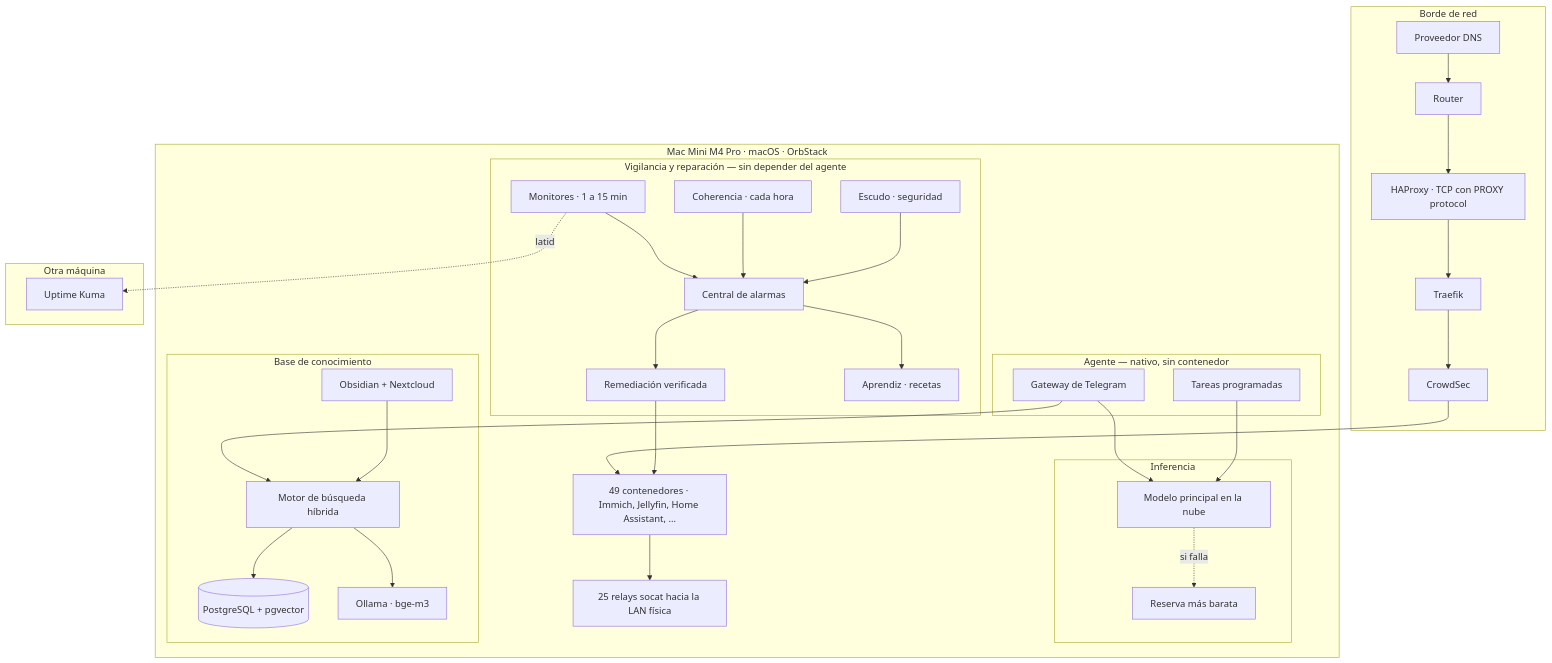
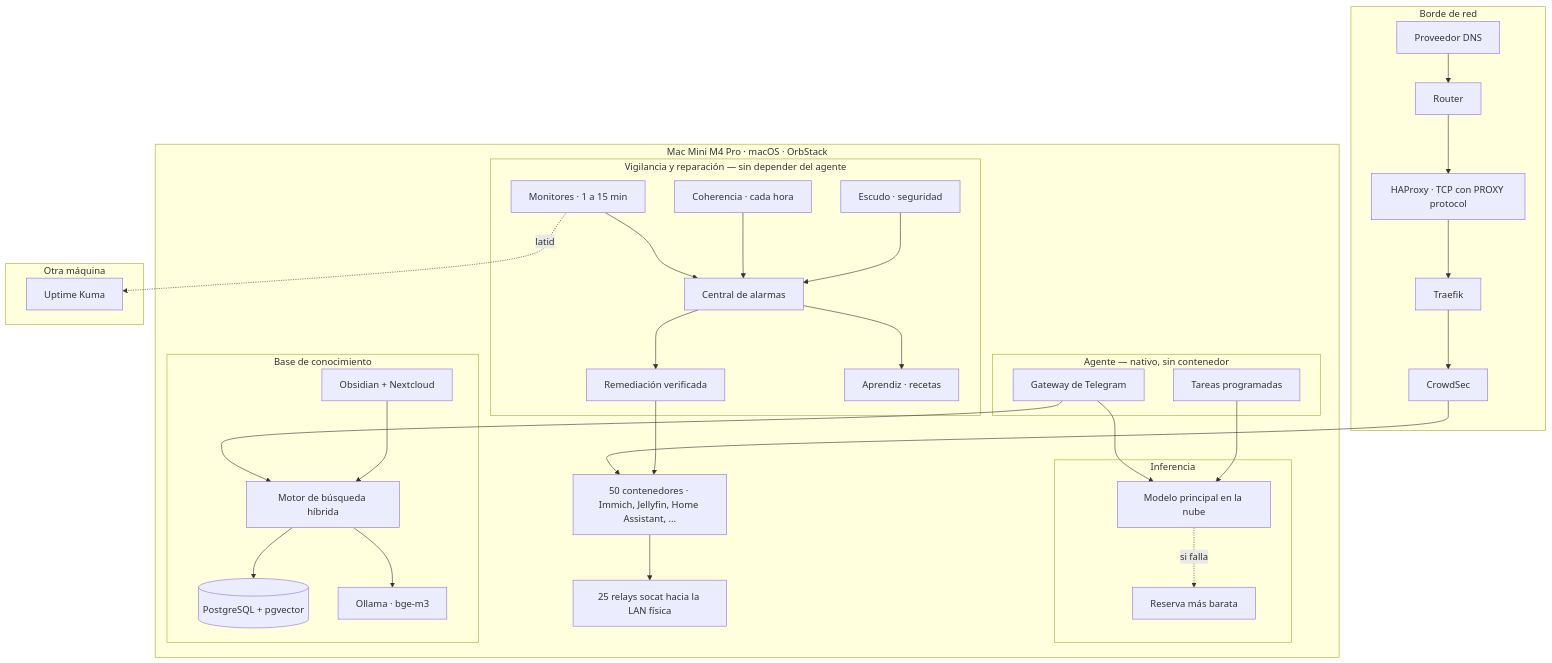
The first of 2 diagrams in docs/architecture.md (miquelblanch/homelab-ai-platform), drawn with Mermaid before and after one commit. The commit also changed other lines of this file and 3 other files, not shown here.

````diff
--- a/docs/architecture.md
+++ b/docs/architecture.md
@@ -41,61 +41,61 @@
 ```mermaid
 flowchart TB
     subgraph edge["Borde de red"]
         CF[Proveedor DNS] --> RT[Router]
         RT --> HAP[HAProxy · TCP con PROXY protocol]
         HAP --> TR[Traefik]
         TR --> WAF[CrowdSec]
     end
 
     subgraph host["Mac Mini M4 Pro · macOS · OrbStack"]
         subgraph agent["Agente — nativo, sin contenedor"]
             GW[Gateway de Telegram]
             CRON[Tareas programadas]
         end
 
         subgraph models["Inferencia"]
             CLOUD[Modelo principal en la nube]
             RES[Reserva más barata]
         end
 
         subgraph rag["Base de conocimiento"]
             GB[Motor de búsqueda híbrida]
             SRC[Obsidian + Nextcloud]
             PG[(PostgreSQL + pgvector)]
             EMB[Ollama · bge-m3]
         end
 
         subgraph obs["Vigilancia y reparación — sin depender del agente"]
             MON[Monitores · 1 a 15 min]
             CEN[Central de alarmas]
             REM[Remediación verificada]
             APR[Aprendiz · recetas]
             COH[Coherencia · cada hora]
             ESC[Escudo · seguridad]
         end
 
-        APPS[49 contenedores · Immich, Jellyfin, Home Assistant, ...]
+        APPS[50 contenedores · Immich, Jellyfin, Home Assistant, ...]
         RELAY[25 relays socat hacia la LAN física]
     end
 
     subgraph ext["Otra máquina"]
         KUMA[Uptime Kuma]
     end
 
     WAF --> APPS
     GW --> CLOUD
     CLOUD -.si falla.-> RES
     GW --> GB
     CRON --> CLOUD
     GB --> PG
     GB --> EMB
     SRC --> GB
     MON --> CEN
     CEN --> REM
     CEN --> APR
     COH --> CEN
     ESC --> CEN
     REM --> APPS
     APPS --> RELAY
     MON -.latido.-> KUMA
 ```
````
